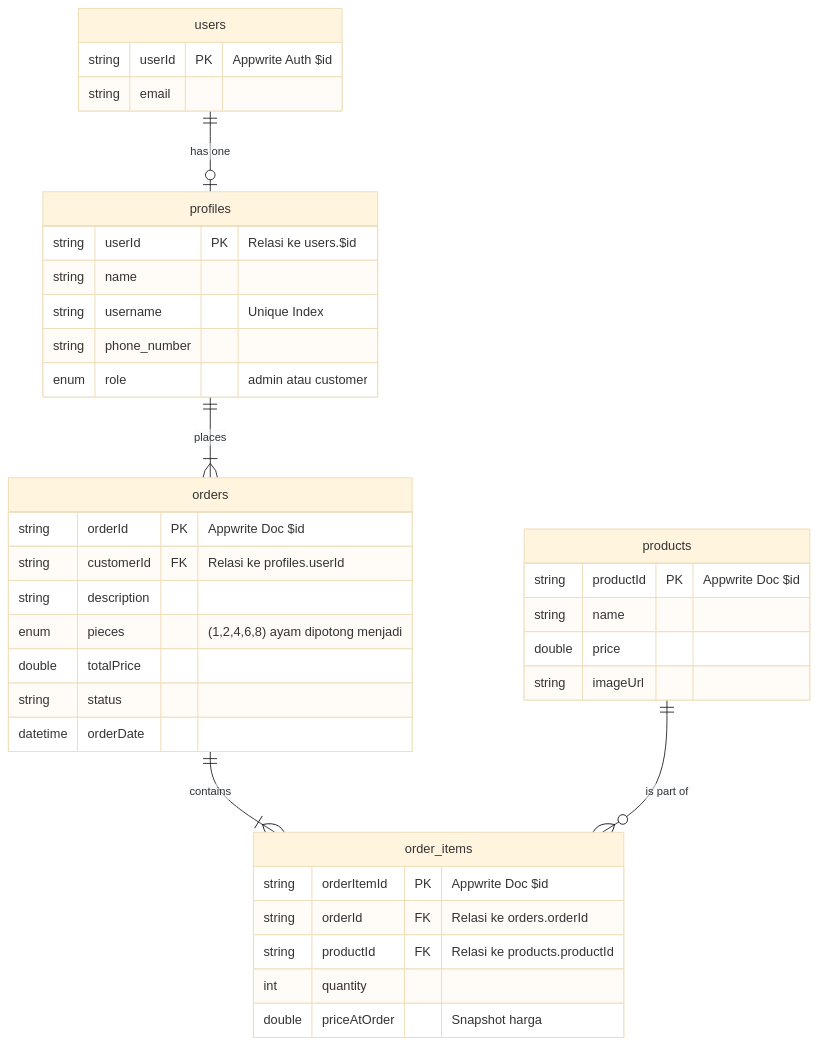
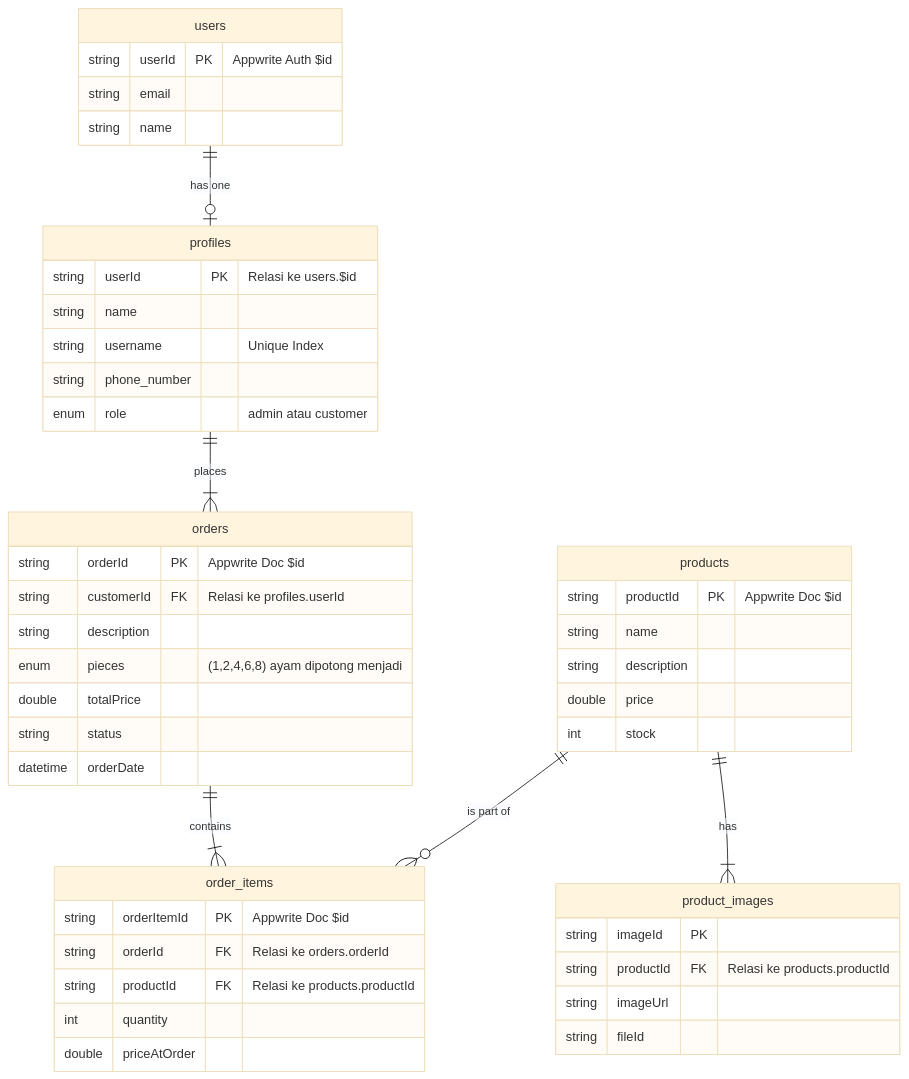
Before and after one commit to azharmlnf/aplikasi-pemesanan-ayam-potong: the second of 2 diagrams in README.md, drawn with Mermaid (base theme). The commit also changed 2 other files, not shown here.

Commit message:
add-product_images to database

````diff
--- a/README.md
+++ b/README.md
@@ -37,45 +37,55 @@
 ```mermaid
 erDiagram
     users {
         string userId PK "Appwrite Auth $id"
         string email
+        string name
     }
 
     profiles {
         string userId PK "Relasi ke users.$id"
         string name
         string username "Unique Index"
         string phone_number
-        enum role "admin  atau customer"
+        enum role "admin atau customer"
     }
 
     products {
         string productId PK "Appwrite Doc $id"
         string name
+        string description
         double price
+        int stock
+    }
+
+    product_images {
+        string imageId PK
+        string productId FK "Relasi ke products.productId"
         string imageUrl
+        string fileId
     }
 
     orders {
         string orderId PK "Appwrite Doc $id"
         string customerId FK "Relasi ke profiles.userId"
         string description 
         enum pieces  "(1,2,4,6,8) ayam dipotong menjadi"
         double totalPrice
         string status
         datetime orderDate
     }
 
     order_items {
         string orderItemId PK "Appwrite Doc $id"
         string orderId FK "Relasi ke orders.orderId"
         string productId FK "Relasi ke products.productId"
         int quantity
-        double priceAtOrder "Snapshot harga"
+        double priceAtOrder
     }
 
     users ||--o| profiles : "has one"
     profiles ||--|{ orders : "places"
     orders ||--|{ order_items : "contains"
     products ||--o{ order_items : "is part of"
+    products ||--|{ product_images : "has"
 ```
````
